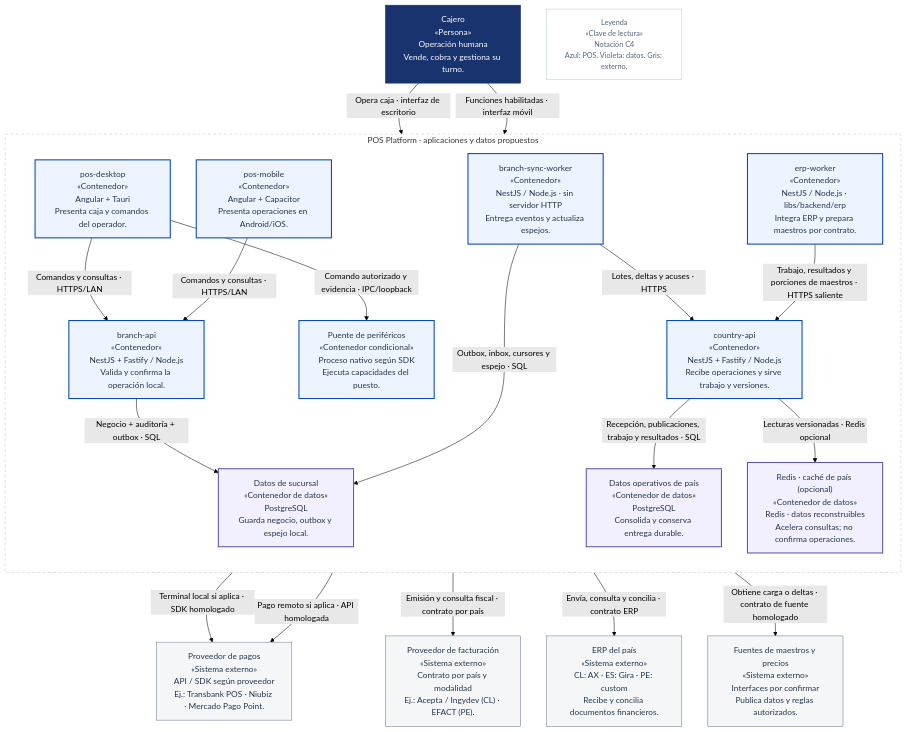
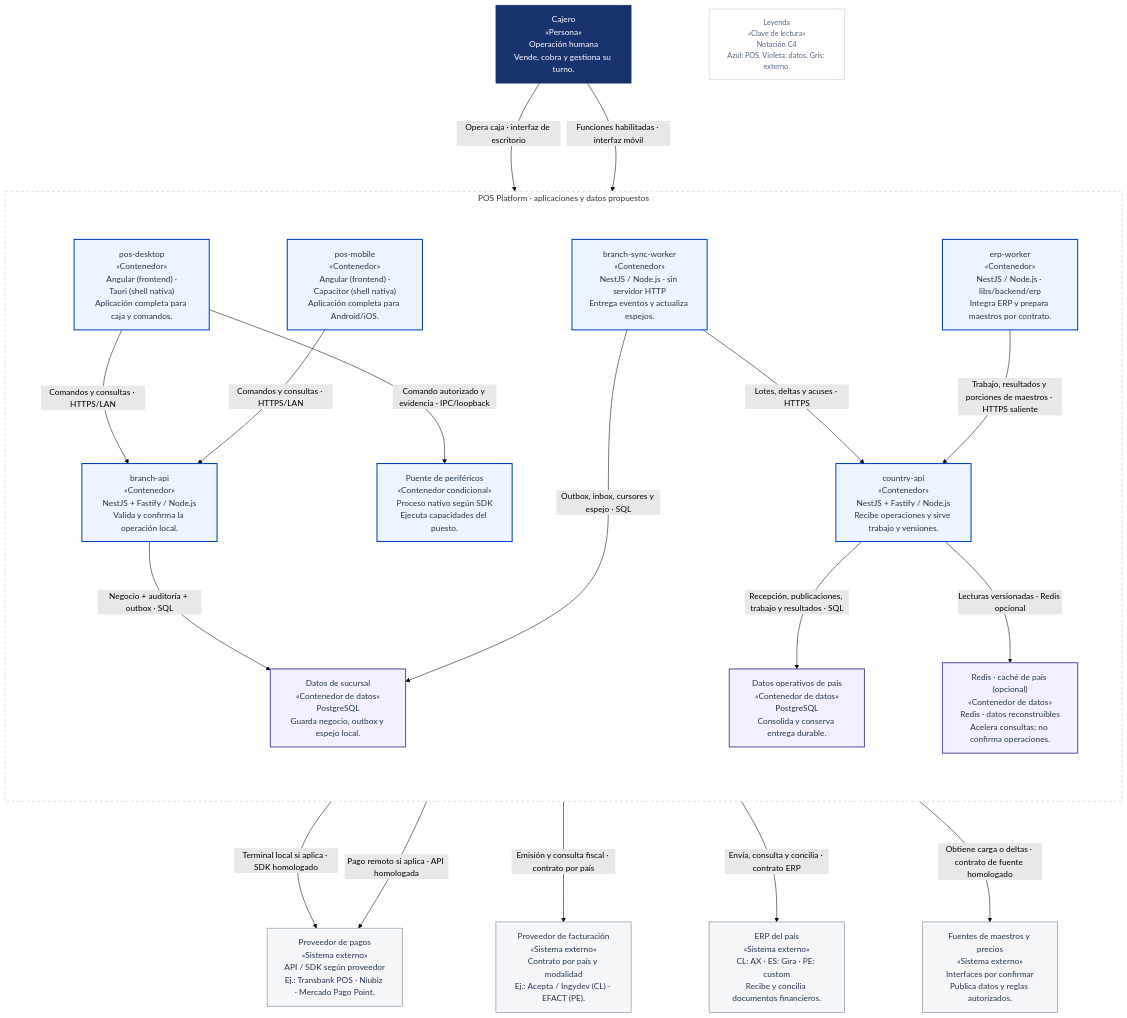
One commit to developer-implementos/pos-docs changed the diagram in docs/diagramas-excalidraw/mermaid/c4-containers.mmd. Above: the diagram before and after it, drawn with Mermaid (forest theme). The commit also changed 71 other files, not shown here.

Commit message:
docs: distinguish native shells from the Angular frontend

```diff
--- a/docs/diagramas-excalidraw/mermaid/c4-containers.mmd
+++ b/docs/diagramas-excalidraw/mermaid/c4-containers.mmd
@@ -1,44 +1,50 @@
+---
+config:
+    flowchart:
+        nodeSpacing: 150
+        rankSpacing: 160
+---
 flowchart TB
     accTitle: C2 · Contenedores — Aplicaciones, procesos y datos
     accDescr: Aplicaciones de POS Platform, persistencia de sucursal y servicios de país. Cada nombre de app corresponde al monorepo; las capacidades son propuesta por implementar. PostgreSQL conserva negocio y entrega durable. Country-api publica versiones; erp-worker prepara maestros mediante un contrato de origen y presupuesto aislados. Redis es caché opcional. Sin SQL WAN ni aplicación adicional.
     subgraph systemScope["POS Platform · aplicaciones y datos propuestos"]
         direction TB
-        client["pos-desktop<br/>«Contenedor»<br/>Angular + Tauri<br/>Presenta caja y comandos del operador."]:::pos
-        mobileClient["pos-mobile<br/>«Contenedor»<br/>Angular + Capacitor<br/>Presenta operaciones en Android/iOS."]:::pos
+        client["pos-desktop<br/>«Contenedor»<br/>Angular (frontend) ·<br/>Tauri (shell nativa)<br/>Aplicación completa para caja y comandos."]:::pos
+        mobileClient["pos-mobile<br/>«Contenedor»<br/>Angular (frontend) ·<br/>Capacitor (shell nativa)<br/>Aplicación completa para Android/iOS."]:::pos
         device["Puente de periféricos<br/>«Contenedor condicional»<br/>Proceso nativo según SDK<br/>Ejecuta capacidades del puesto."]:::pos
         branchApi["branch-api<br/>«Contenedor»<br/>NestJS + Fastify / Node.js<br/>Valida y confirma la operación local."]:::pos
         branchDb["Datos de sucursal<br/>«Contenedor de datos»<br/>PostgreSQL<br/>Guarda negocio, outbox y espejo local."]:::store
         syncWorker["branch-sync-worker<br/>«Contenedor»<br/>NestJS / Node.js · sin servidor HTTP<br/>Entrega eventos y actualiza espejos."]:::pos
         countryApi["country-api<br/>«Contenedor»<br/>NestJS + Fastify / Node.js<br/>Recibe operaciones y sirve trabajo y versiones."]:::pos
         countryDb["Datos operativos de país<br/>«Contenedor de datos»<br/>PostgreSQL<br/>Consolida y conserva entrega durable."]:::store
         countryCache["Redis · caché de país (opcional)<br/>«Contenedor de datos»<br/>Redis · datos reconstruibles<br/>Acelera consultas; no confirma operaciones."]:::store
         erpAdapter["erp-worker<br/>«Contenedor»<br/>NestJS / Node.js · libs/backend/erp<br/>Integra ERP y prepara maestros por contrato."]:::pos
     end
         cashier["Cajero<br/>«Persona»<br/>Operación humana<br/>Vende, cobra y gestiona su turno."]:::person
         erp["ERP del país<br/>«Sistema externo»<br/>CL: AX · ES: Gira · PE: custom<br/>Recibe y concilia documentos financieros."]:::external
         masters["Fuentes de maestros y precios<br/>«Sistema externo»<br/>Interfaces por confirmar<br/>Publica datos y reglas autorizados."]:::external
         payments["Proveedor de pagos<br/>«Sistema externo»<br/>API / SDK según proveedor<br/>Ej.: Transbank POS · Niubiz · Mercado Pago Point."]:::external
         fiscal["Proveedor de facturación<br/>«Sistema externo»<br/>Contrato por país y modalidad<br/>Ej.: Acepta / Ingydev (CL) · EFACT (PE)."]:::external
         legend["Leyenda<br/>«Clave de lectura»<br/>Notación C4<br/>Azul: POS. Violeta: datos. Gris: externo."]:::key
     cashier -->|"Opera caja · interfaz de escritorio"| client
     cashier -->|"Funciones habilitadas · interfaz móvil"| mobileClient
     client -->|"Comandos y consultas · HTTPS/LAN"| branchApi
     mobileClient -->|"Comandos y consultas · HTTPS/LAN"| branchApi
     client -->|"Comando autorizado y evidencia · IPC/loopback"| device
     device -->|"Terminal local si aplica · SDK homologado"| payments
     branchApi -->|"Negocio + auditoría + outbox · SQL"| branchDb
     branchApi -->|"Pago remoto si aplica · API homologada"| payments
     branchApi -->|"Emisión y consulta fiscal · contrato por país"| fiscal
     syncWorker -->|"Outbox, inbox, cursores y espejo · SQL"| branchDb
     syncWorker -->|"Lotes, deltas y acuses · HTTPS"| countryApi
     countryApi -->|"Recepción, publicaciones, trabajo y resultados · SQL"| countryDb
     countryApi -->|"Lecturas versionadas · Redis opcional"| countryCache
     erpAdapter -->|"Trabajo, resultados y porciones de maestros · HTTPS saliente"| countryApi
     erpAdapter -->|"Envía, consulta y concilia · contrato ERP"| erp
     erpAdapter -->|"Obtiene carga o deltas · contrato de fuente homologado"| masters
     classDef pos fill:#EDF3FF,stroke:#0545BA,color:#25364D,stroke-width:2px
     classDef store fill:#F2EFFF,stroke:#6551A8,color:#25364D,stroke-width:2px
     classDef external fill:#F4F6F8,stroke:#6B788A,color:#25364D
     classDef person fill:#18336D,stroke:#18336D,color:#FFFFFF
     classDef key fill:#FFFFFF,stroke:#BCC9DB,color:#53657F,font-size:14px
     style systemScope fill:#FFFFFF,stroke:#BCC9DB,stroke-dasharray:6 4
```
